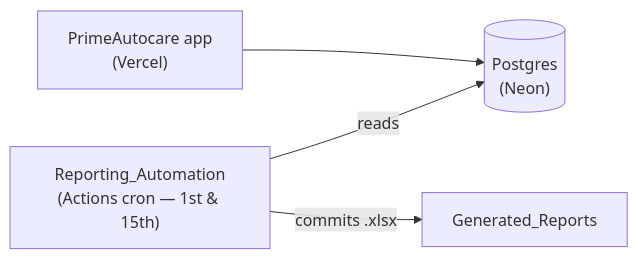
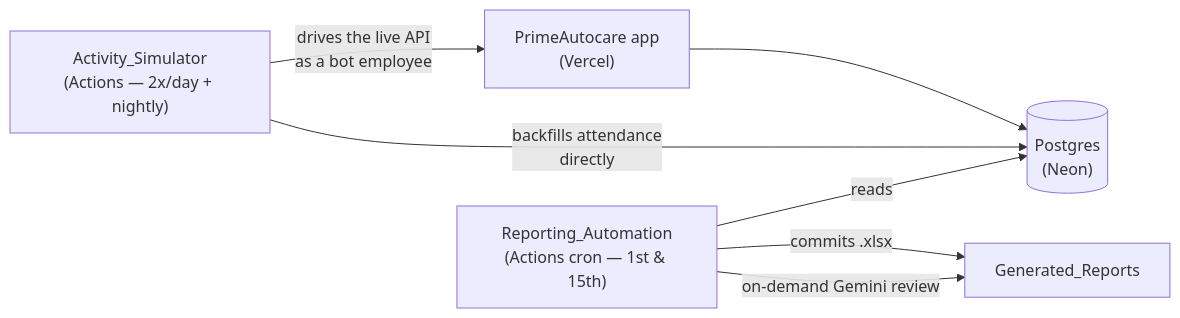
The diagram in profile/README.md (PrimeAutocare/.github), drawn with Mermaid before and after one commit. The commit also changed other lines of this file and 1 other file, not shown here.

````diff
--- a/profile/README.md
+++ b/profile/README.md
@@ -30,6 +19,9 @@
 ```mermaid
 flowchart LR
     A["PrimeAutocare app<br/>(Vercel)"] --> DB[("Postgres<br/>(Neon)")]
-    B["Reporting_Automation<br/>(Actions cron — 1st &amp; 15th)"] -- reads --> DB
-    B -- "commits .xlsx" --> C["Generated_Reports"]
+    E["Activity_Simulator<br/>(Actions — 2x/day + nightly)"] -- "drives the live API<br/>as a bot employee" --> A
+    E -- "backfills attendance<br/>directly" --> DB
+    R["Reporting_Automation<br/>(Actions cron — 1st &amp; 15th)"] -- reads --> DB
+    R -- "commits .xlsx" --> G["Generated_Reports"]
+    R -- "on-demand Gemini review" --> G
 ```
````
